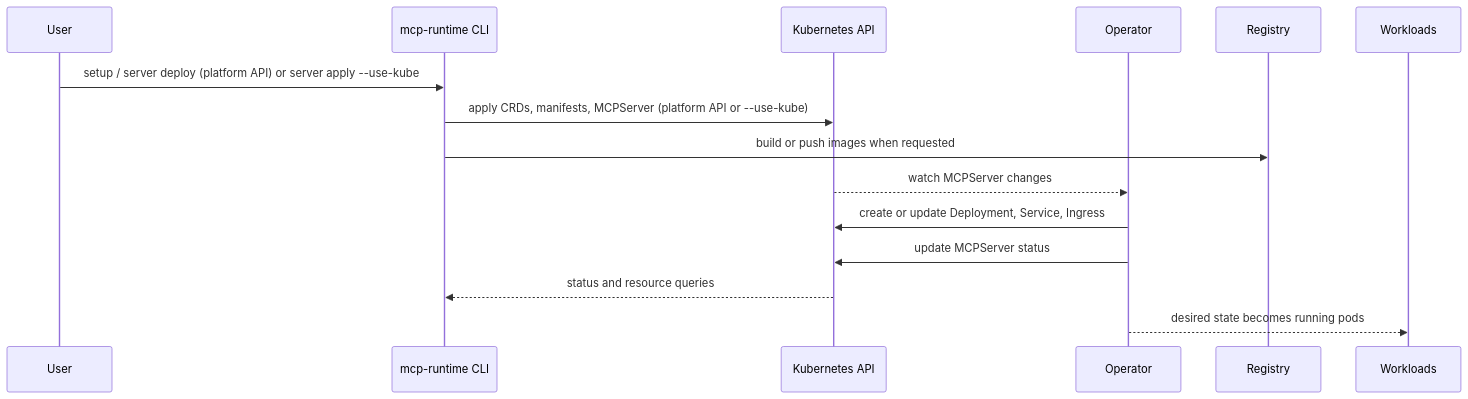
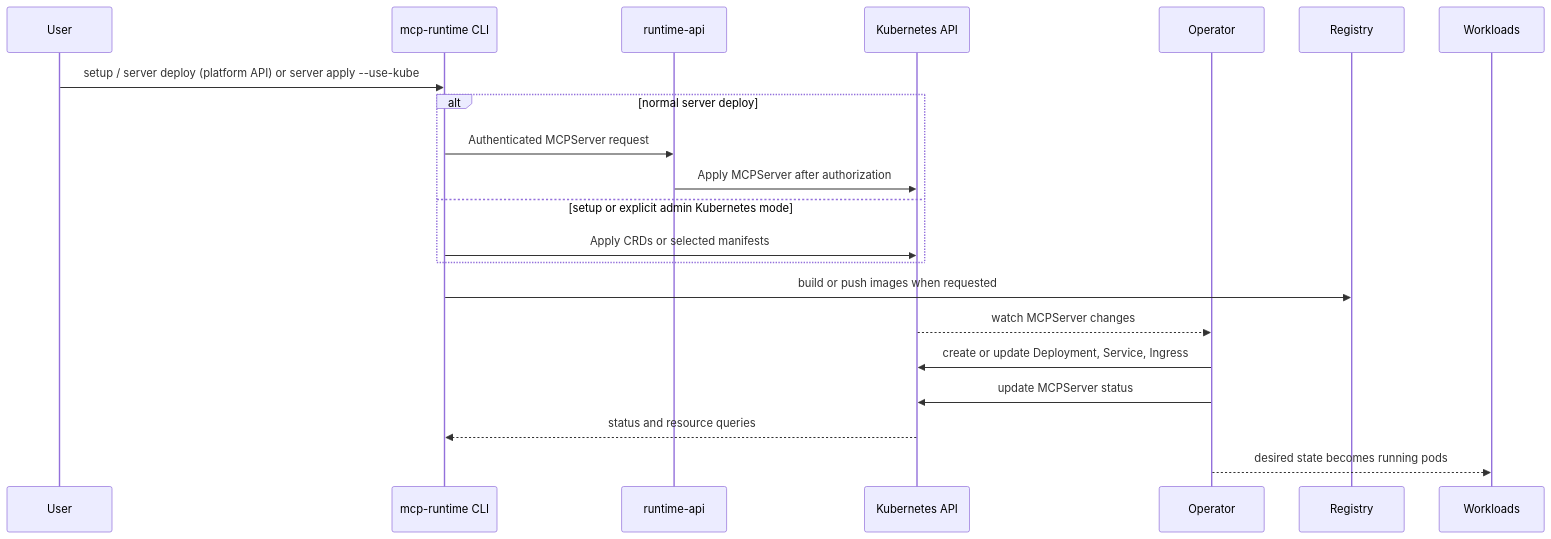
The second of 4 diagrams in docs/internals/README.md (mcp-runtime/mcp-runtime), drawn with Mermaid before and after one commit. The commit also changed other lines of this file and 59 other files, not shown here.

````diff
--- a/docs/internals/README.md
+++ b/docs/internals/README.md
@@ -70,18 +76,24 @@
 ```mermaid
 sequenceDiagram
     participant U as User
     participant CLI as mcp-runtime CLI
+    participant API as runtime-api
     participant K as Kubernetes API
     participant O as Operator
     participant R as Registry
     participant W as Workloads
 
     U->>CLI: setup / server deploy (platform API) or server apply --use-kube
-    CLI->>K: apply CRDs, manifests, MCPServer (platform API or --use-kube)
+    alt normal server deploy
+        CLI->>API: Authenticated MCPServer request
+        API->>K: Apply MCPServer after authorization
+    else setup or explicit admin Kubernetes mode
+        CLI->>K: Apply CRDs or selected manifests
+    end
     CLI->>R: build or push images when requested
     K-->>O: watch MCPServer changes
     O->>K: create or update Deployment, Service, Ingress
     O->>K: update MCPServer status
     K-->>CLI: status and resource queries
     O-->>W: desired state becomes running pods
 ```
````
